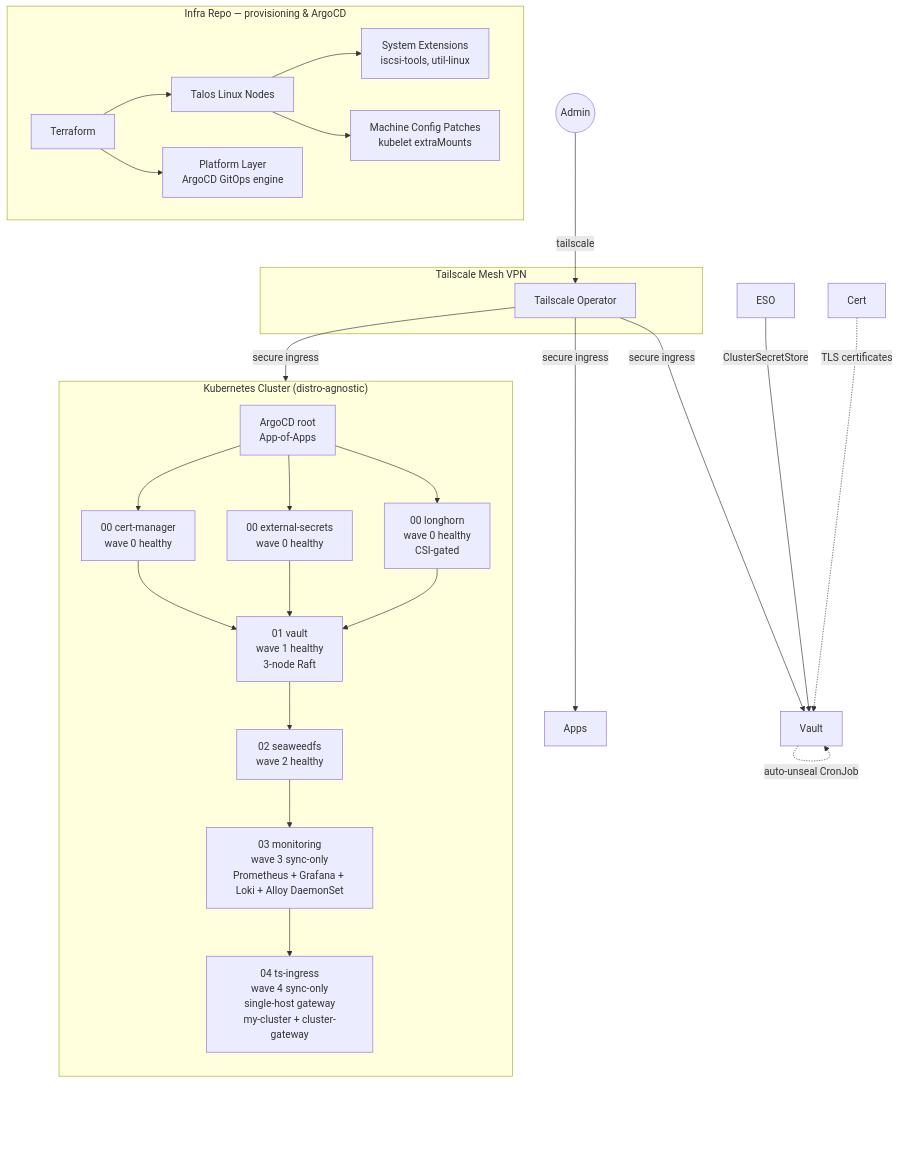
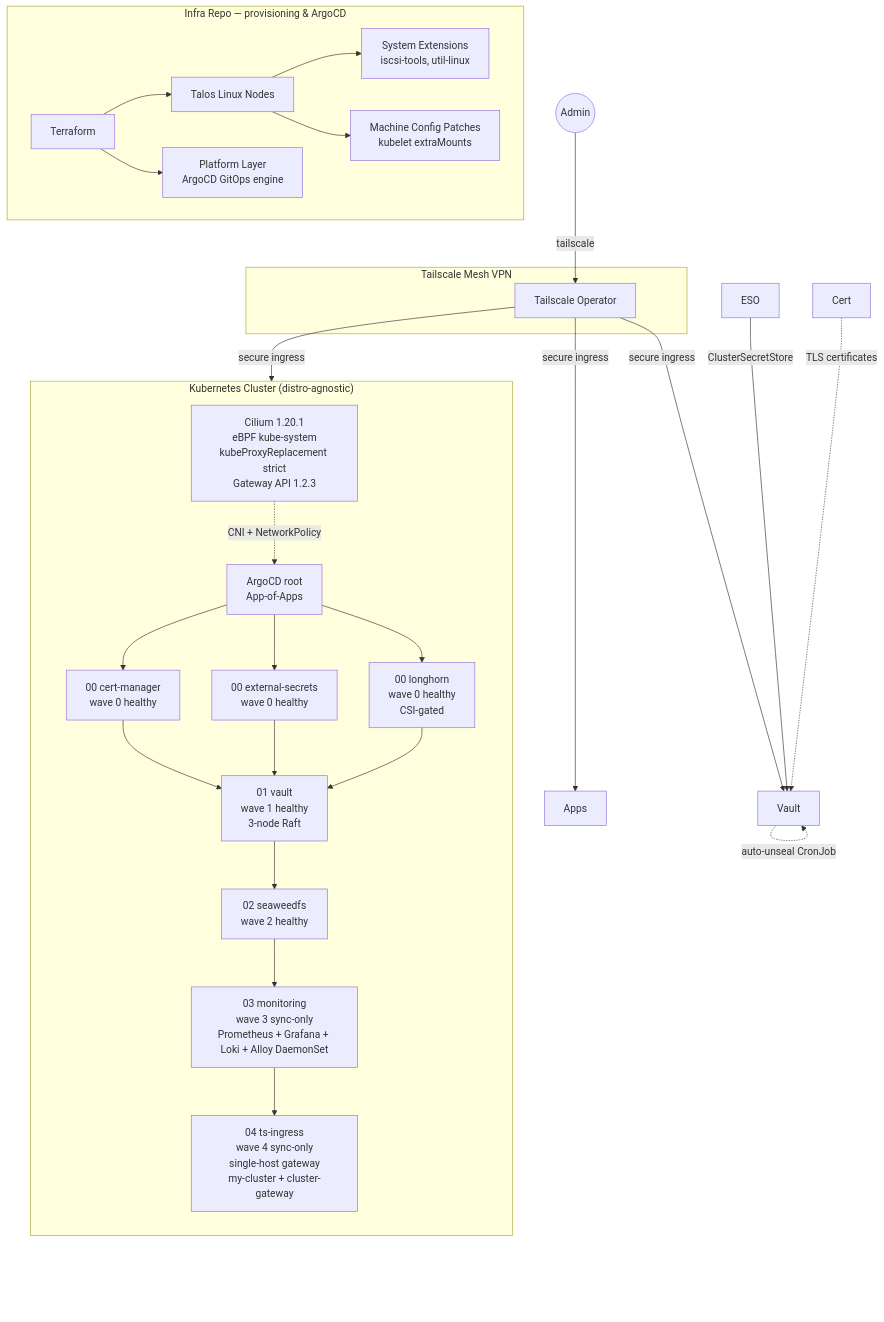
Before and after one commit to Seom88/secured-gitops-tailscale-homelab: the diagram in README.md, drawn with Mermaid. The commit also changed other lines of this file and 8 other files, not shown here.

Commit message:
feat(docs): update documentation for Cilium 1.20.1 and Gateway API 1.2.3 integration, including networking policies and observability enhancements

````diff
--- a/README.md
+++ b/README.md
@@ -77,45 +77,47 @@
 ```mermaid
 graph TD
     subgraph "Infra Repo — provisioning & ArgoCD"
         TF[Terraform]
         TALOS[Talos Linux Nodes]
         EXT[System Extensions<br/>iscsi-tools, util-linux]
         PATCH[Machine Config Patches<br/>kubelet extraMounts]
         PLATFORM[Platform Layer<br/>ArgoCD GitOps engine]
         TF --> TALOS
         TALOS --> EXT
         TALOS --> PATCH
         TF --> PLATFORM
     end
 
     subgraph "Tailscale Mesh VPN"
         TS[Tailscale Operator]
     end
 
     subgraph "Kubernetes Cluster (distro-agnostic)"
         direction TB
+        CILIUM[Cilium 1.20.1<br/>eBPF kube-system<br/>kubeProxyReplacement strict<br/>Gateway API 1.2.3]
         ROOT[ArgoCD root<br/>App-of-Apps]
         W0A[00 cert-manager<br/>wave 0 healthy]
         W0B[00 external-secrets<br/>wave 0 healthy]
         W0C[00 longhorn<br/>wave 0 healthy<br/>CSI-gated]
         W1[01 vault<br/>wave 1 healthy<br/>3-node Raft]
         W2[02 seaweedfs<br/>wave 2 healthy]
         W3[03 monitoring<br/>wave 3 sync-only<br/>Prometheus + Grafana + Loki + Alloy DaemonSet]
         W4[04 ts-ingress<br/>wave 4 sync-only<br/>single-host gateway<br/>my-cluster + cluster-gateway]
 
+        CILIUM -.->|CNI + NetworkPolicy| ROOT
         ROOT --> W0A & W0B & W0C
         W0A & W0B & W0C --> W1
         W1 --> W2
         W2 --> W3
         W3 --> W4
     end
 
     User((Admin)) -->|tailscale| TS
     TS -->|secure ingress| ROOT
     TS -->|secure ingress| Vault
     TS -->|secure ingress| Apps
 
     ESO -->|ClusterSecretStore| Vault
     Vault -.->|auto-unseal CronJob| Vault
     Cert -.->|TLS certificates| Vault
 ```
````
